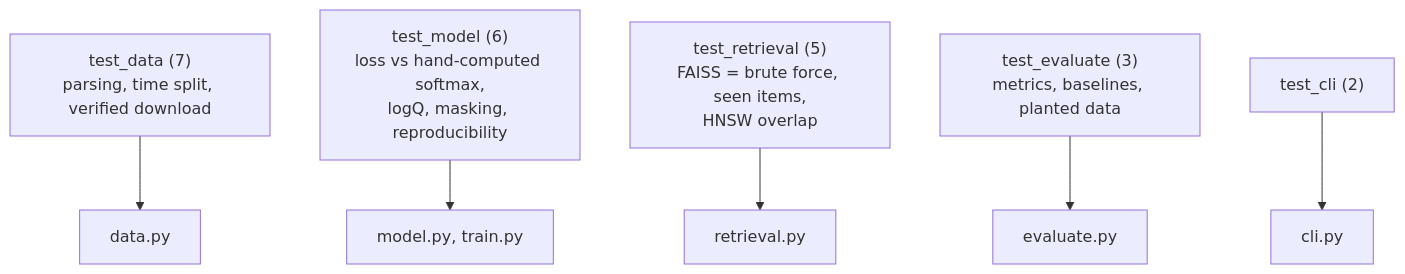
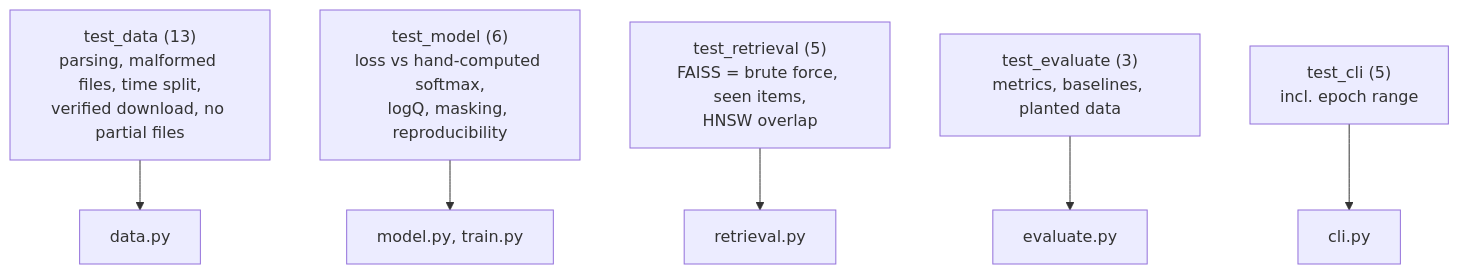
One commit to EquinoxWN/two-tower-recommender changed the second of 2 diagrams in README.md. Above: the diagram before and after it, drawn with Mermaid. The commit also changed other lines of this file and 6 other files, not shown here.

````diff
--- a/README.md
+++ b/README.md
@@ -102,8 +103,8 @@
 ```mermaid
 flowchart TB
-  D["test_data (7)<br/>parsing, time split, verified download"] --> DA["data.py"]
+  D["test_data (13)<br/>parsing, malformed files, time split,<br/>verified download, no partial files"] --> DA["data.py"]
   M["test_model (6)<br/>loss vs hand-computed softmax,<br/>logQ, masking, reproducibility"] --> MO["model.py, train.py"]
   R["test_retrieval (5)<br/>FAISS = brute force, seen items,<br/>HNSW overlap"] --> RE["retrieval.py"]
   E["test_evaluate (3)<br/>metrics, baselines, planted data"] --> EV["evaluate.py"]
-  C["test_cli (2)"] --> CL["cli.py"]
+  C["test_cli (5)<br/>incl. epoch range"] --> CL["cli.py"]
 ```
````
